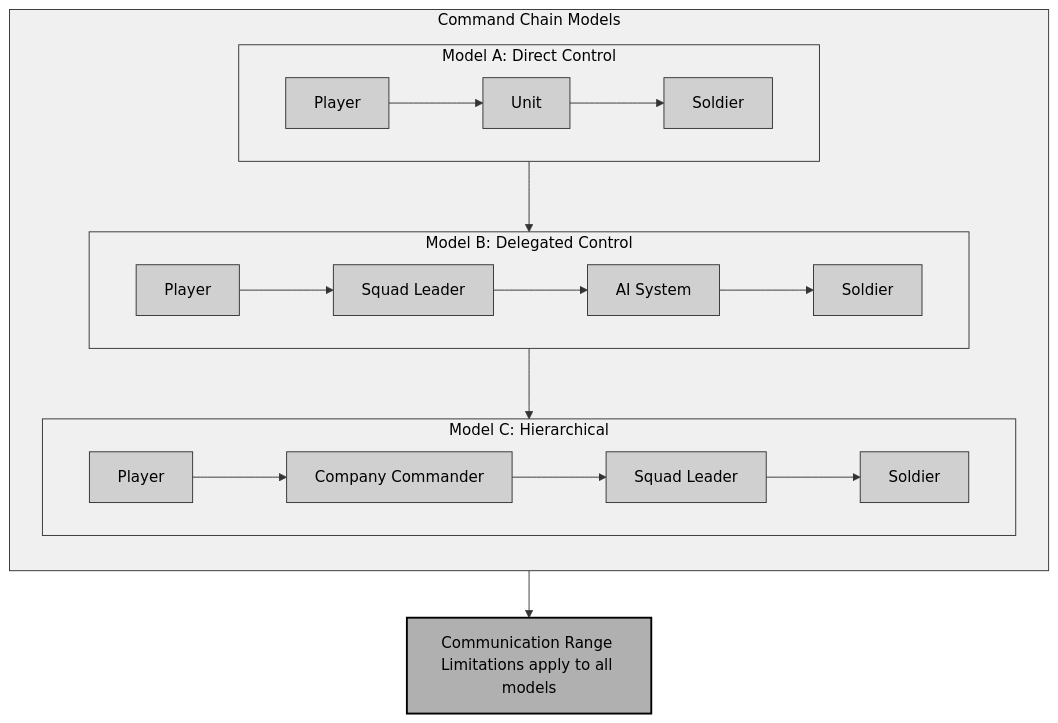
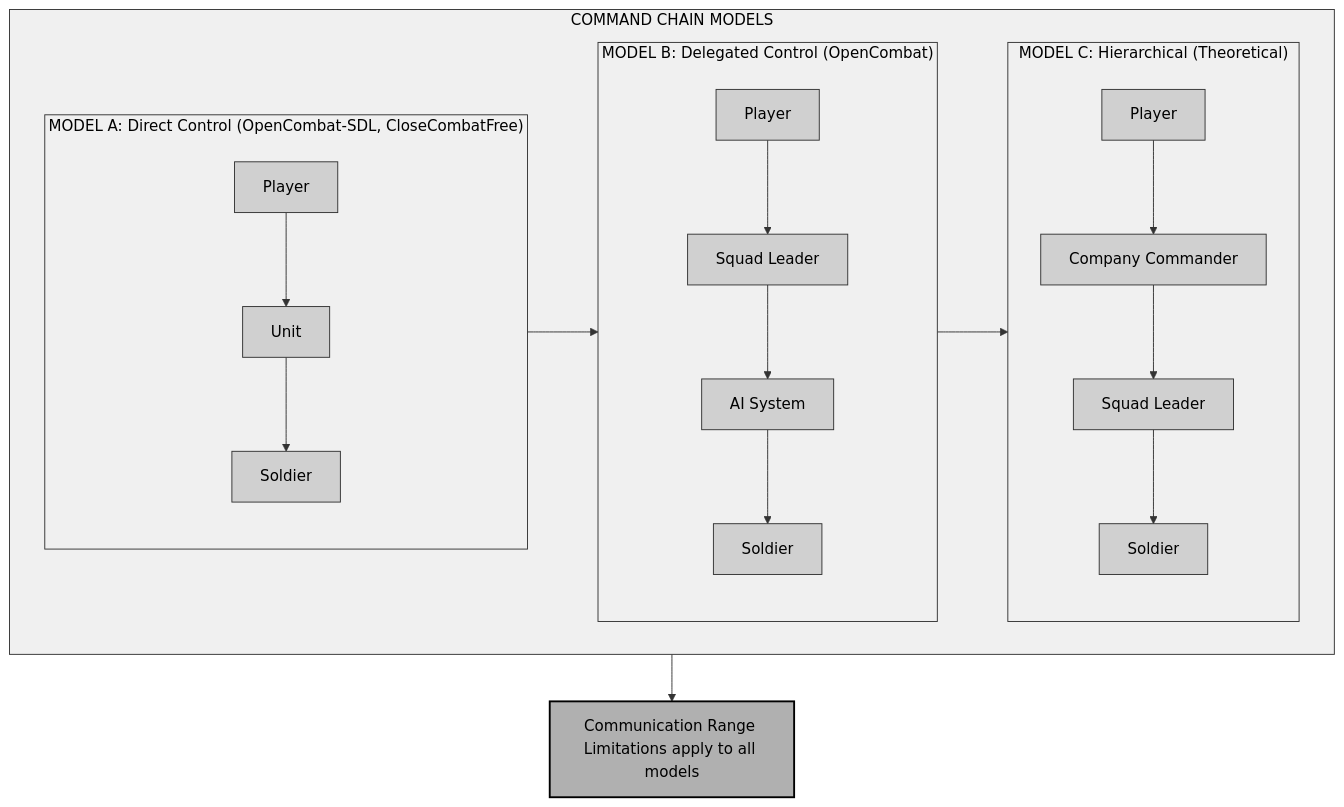
The third of 5 diagrams in chapter_06_orders_ai.md (jukofyork/close-combat-architecture-study), drawn with Mermaid before and after one commit. The commit also changed other lines of this file and 8 other files, not shown here.

````diff
--- a/chapter_06_orders_ai.md
+++ b/chapter_06_orders_ai.md
@@ -360,35 +355,30 @@
 ```mermaid
 flowchart TB
-    subgraph Models["Command Chain Models"]
-        direction TB
-        
-        subgraph ModelA["Model A: Direct Control"]
-            direction LR
+    subgraph Models["COMMAND CHAIN MODELS"]
+        subgraph ModelA["MODEL A: Direct Control (OpenCombat-SDL, CloseCombatFree)"]
             P1["Player"] --> U1["Unit"] --> S1["Soldier"]
         end
         
-        subgraph ModelB["Model B: Delegated Control"]
-            direction LR
+        subgraph ModelB["MODEL B: Delegated Control (OpenCombat)"]
             P2["Player"] --> L2["Squad Leader"] --> AI2["AI System"] --> S2["Soldier"]
         end
         
-        subgraph ModelC["Model C: Hierarchical"]
-            direction LR
+        subgraph ModelC["MODEL C: Hierarchical (Theoretical)"]
             P3["Player"] --> C3["Company Commander"] --> L3["Squad Leader"] --> S3["Soldier"]
         end
         
         ModelA --> ModelB --> ModelC
     end
     
     comms["Communication Range Limitations apply to all models"]
     Models --> comms
     
     classDef default fill:#fff,stroke:#000,stroke-width:1px,color:#000
     classDef light fill:#f0f0f0,stroke:#333,stroke-width:1px,color:#000
     classDef medium fill:#d0d0d0,stroke:#333,stroke-width:1px,color:#000
     classDef dark fill:#b0b0b0,stroke:#000,stroke-width:2px,color:#000
     
     class Models,ModelA,ModelB,ModelC light
     class P1,P2,P3,C3,L2,L3,S1,S2,S3,U1,AI2 medium
     class comms dark
 ```
````
